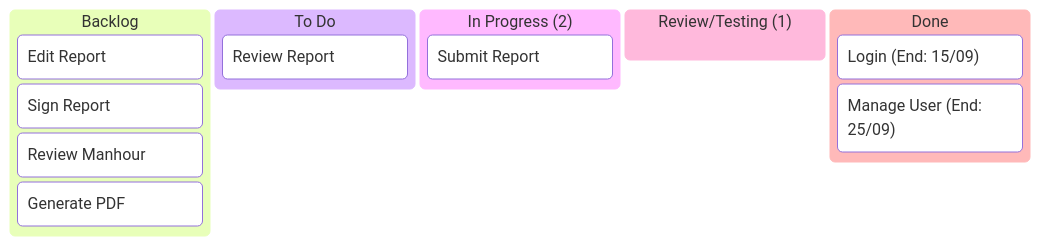
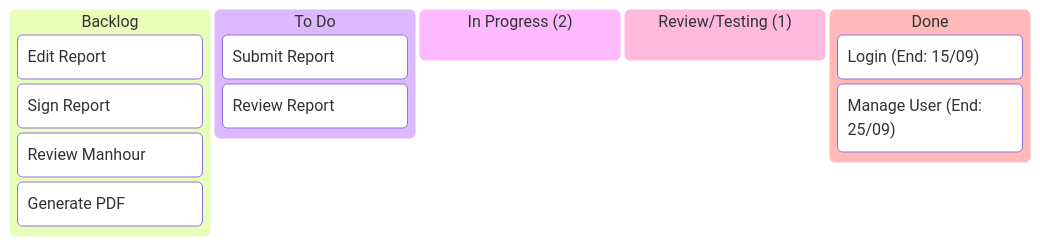
One commit to billdansr/kanban-boc-om changed the diagram in Kanban/02-Kanban.md. Above: the diagram before and after it, drawn with Mermaid. The commit also changed 21 other files, not shown here.

````diff
--- a/Kanban/02-Kanban.md
+++ b/Kanban/02-Kanban.md
@@ -3,20 +3,21 @@
 ```mermaid
 kanban
   backlog[Backlog]
-    b4[Edit Report]
-    b5[Sign Report]
-    b6[Review Manhour]
-    b7[Generate PDF]
+	  b4[Edit Report]
+	  b5[Sign Report]
+	  b6[Review Manhour]
+	  b7[Generate PDF]
 
   todo[To Do]
-    t3[Review Report]
+	  t2[Submit Report]
+	  t3[Review Report]
 
   inprogress["In Progress (2)"]
-    i2[Submit Report]
+
 
   review["Review/Testing (1)"]
 
   done[Done]
-    d1["Login (End: 15/09)"]
-    d8["Manage User (End: 25/09)"]
+	  d1["Login (End: 15/09)"]
+	  d8["Manage User (End: 25/09)"]
 ```
````
